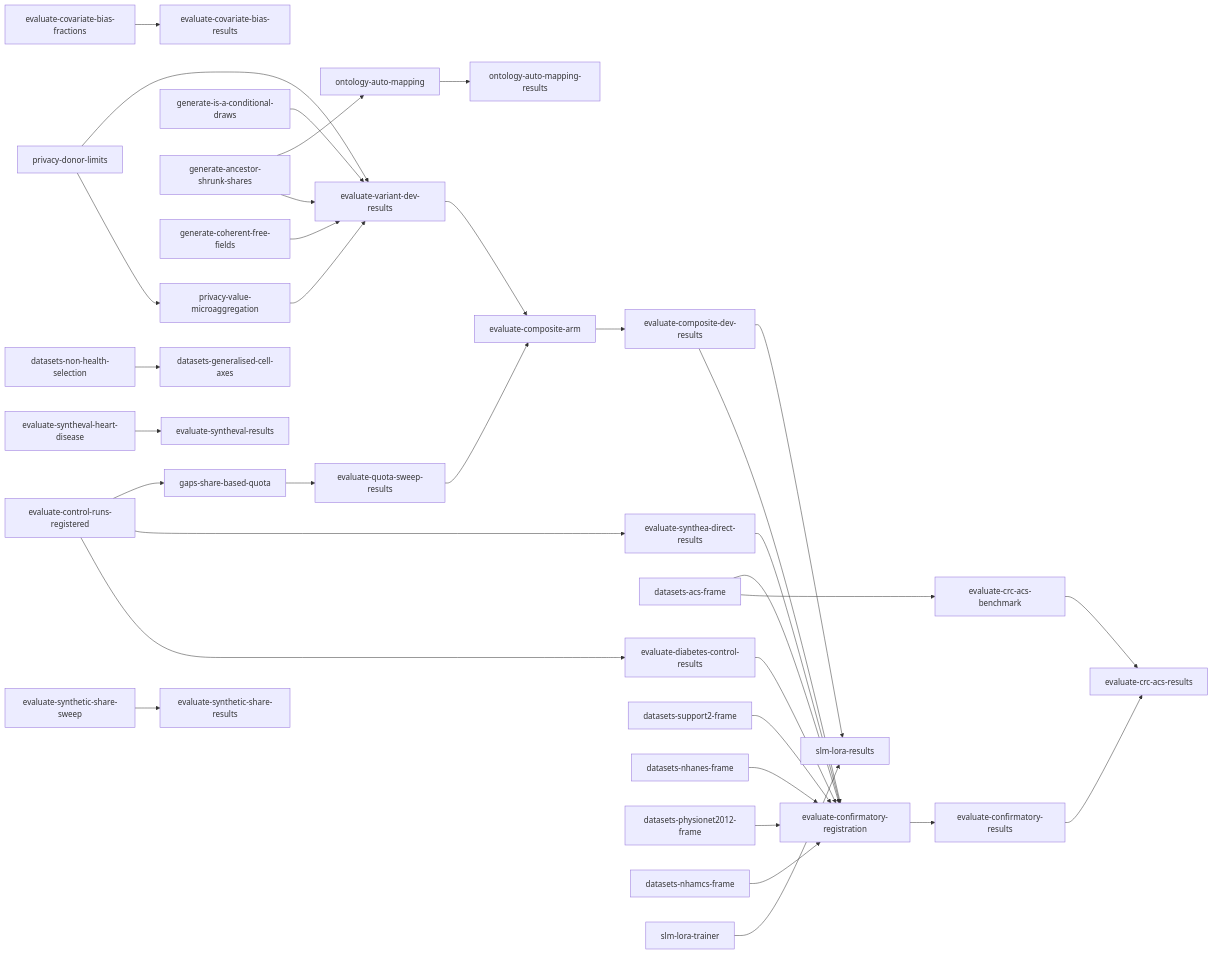
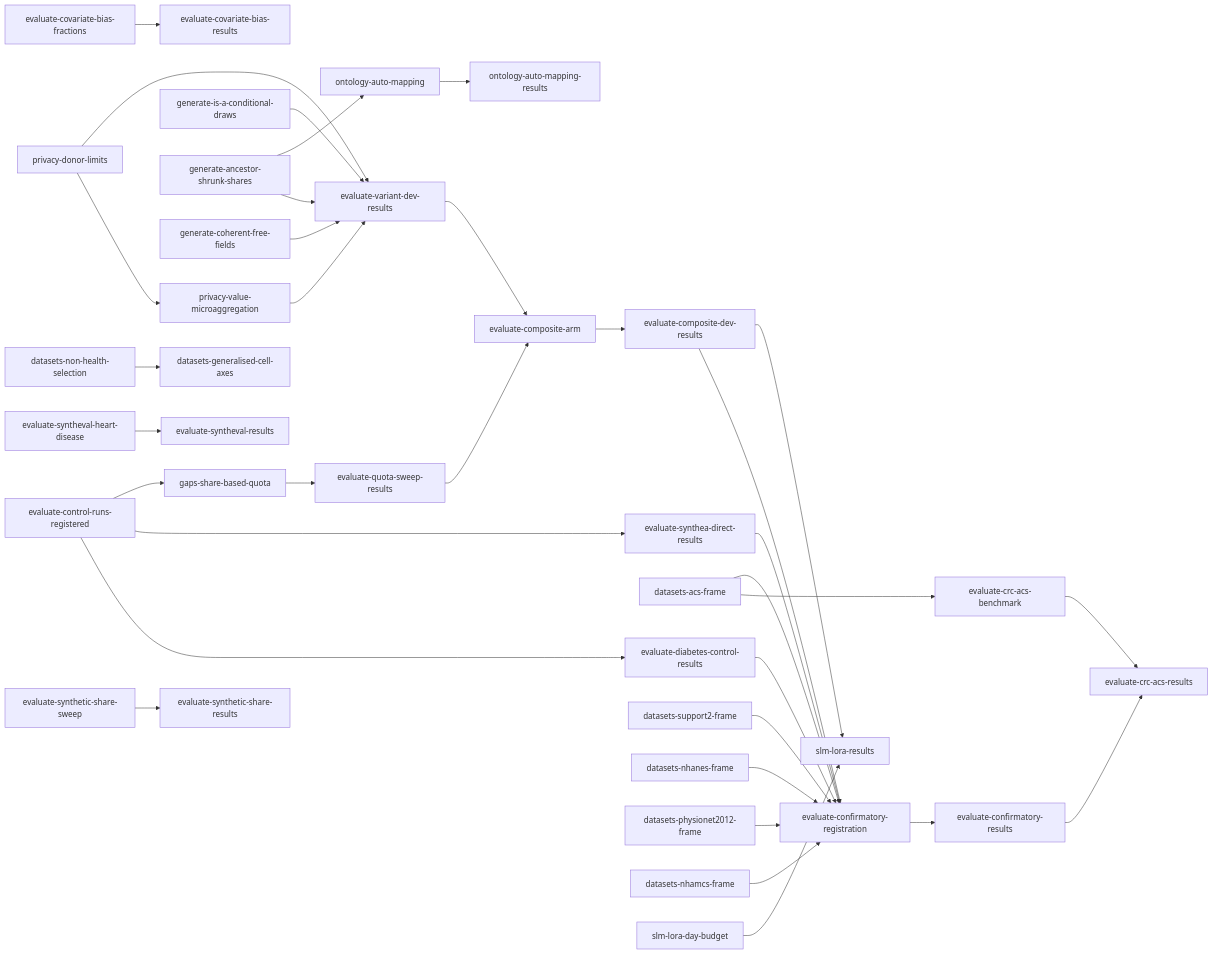
The diagram in tasks/direct-index.md (joe-dartmouth/synthetic), drawn with Mermaid before and after one commit. The commit also changed other lines of this file and 36 other files, not shown here.

First line of the commit message:
Add the slm extra and the LoRA classifier trainer (#126)

````diff
--- a/tasks/direct-index.md
+++ b/tasks/direct-index.md
@@ -76,36 +76,36 @@
 ```mermaid
 flowchart LR
     u37[evaluate-covariate-bias-fractions] --> u38[evaluate-covariate-bias-results]
     u6[evaluate-control-runs-registered] --> u7[evaluate-diabetes-control-results]
     u6 --> u8[evaluate-synthea-direct-results]
     u15[privacy-donor-limits] --> u16[privacy-value-microaggregation]
     u11[generate-is-a-conditional-draws] --> u19[evaluate-variant-dev-results]
     u13[generate-ancestor-shrunk-shares] --> u19
     u15 --> u19
     u16 --> u19
     u17[generate-coherent-free-fields] --> u19
     u6 --> u20[gaps-share-based-quota]
     u20 --> u21[evaluate-quota-sweep-results]
     u27[datasets-acs-frame] --> u41[evaluate-crc-acs-benchmark]
     u49[datasets-non-health-selection] --> u50[datasets-generalised-cell-axes]
     u43[evaluate-syntheval-heart-disease] --> u44[evaluate-syntheval-results]
     u19 --> u28[evaluate-composite-arm]
     u21 --> u28
     u28 --> u29[evaluate-composite-dev-results]
     u7 --> u30[evaluate-confirmatory-registration]
     u8 --> u30
     u45[evaluate-synthetic-share-sweep] --> u46[evaluate-synthetic-share-results]
     u25[datasets-support2-frame] --> u30
     u26[datasets-nhanes-frame] --> u30
     u27 --> u30
     u47[datasets-physionet2012-frame] --> u30
     u48[datasets-nhamcs-frame] --> u30
     u29 --> u30
     u30 --> u31[evaluate-confirmatory-results]
     u41 --> u42[evaluate-crc-acs-results]
     u31 --> u42
     u13 --> u32[ontology-auto-mapping]
     u32 --> u33[ontology-auto-mapping-results]
     u29 --> u36[slm-lora-results]
-    u35[slm-lora-trainer] --> u36
+    u51[slm-lora-day-budget] --> u36
 ```
````
